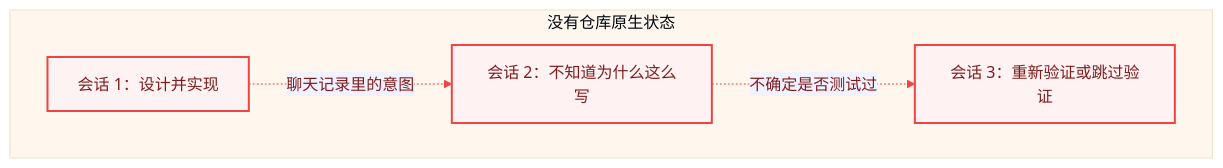
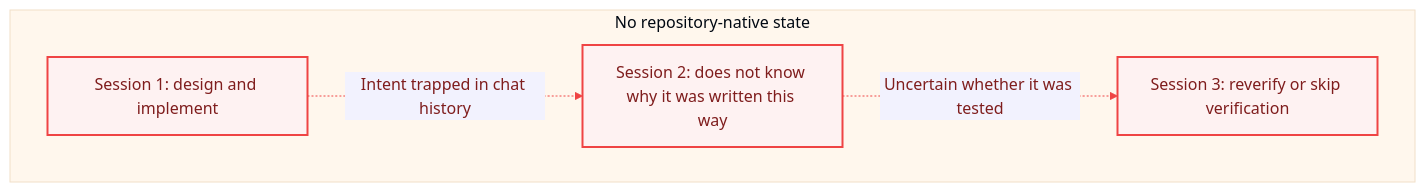
One commit to Caesarlo/SDLC-Harness-docs changed the first of 2 diagrams in concepts/why-sdlc-harness.mdx. Above: the diagram before and after it, drawn with Mermaid. The commit also changed other lines of this file and 64 other files, not shown here.

````diff
--- a/concepts/why-sdlc-harness.mdx
+++ b/concepts/why-sdlc-harness.mdx
@@ -13,11 +13,11 @@
 ```mermaid placement="top-right" actions={true}
 %%{init: {"flowchart": {"curve": "basis"}, "theme": "base", "themeVariables": {"fontFamily": "Inter, ui-sans-serif, system-ui, sans-serif", "primaryColor": "#FEF2F2", "primaryBorderColor": "#EF4444", "primaryTextColor": "#7F1D1D", "lineColor": "#EF4444", "tertiaryColor": "#FFF7ED"}}}%%
 flowchart LR
-  subgraph 没有仓库原生状态
+  subgraph No repository-native state
     direction LR
-    C1["会话 1：设计并实现"] -. 聊天记录里的意图 .-> C2["会话 2：不知道为什么这么写"]
-    C2 -. 不确定是否测试过 .-> C3["会话 3：重新验证或跳过验证"]
+    C1["Session 1: design and implement"] -. Intent trapped in chat history .-> C2["Session 2: does not know why it was written this way"]
+    C2 -. Uncertain whether it was tested .-> C3["Session 3: reverify or skip verification"]
   end
   classDef risk fill:#FEF2F2,stroke:#EF4444,color:#7F1D1D,stroke-width:2px
   class C1,C2,C3 risk
 ```
````
